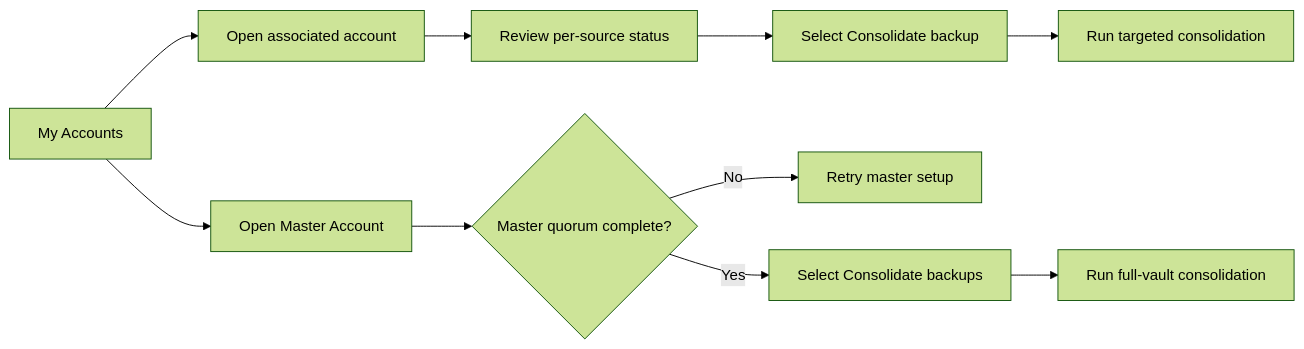
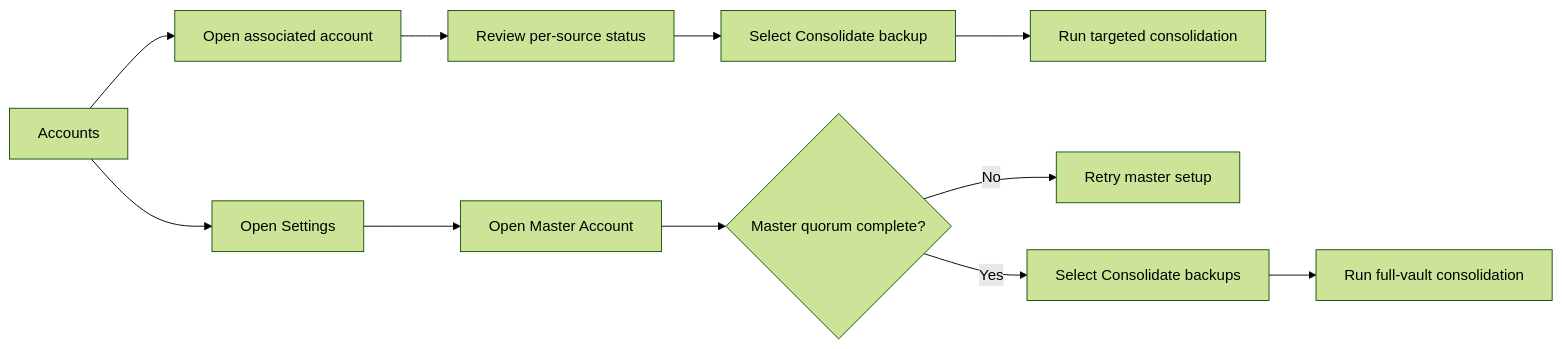
One commit to ZenTenApp/vault-kotlin changed the sixth of 6 diagrams in docs/stakeholder/flowcharts.md. Above: the diagram before and after it, drawn with Mermaid (forest theme). The commit also changed other lines of this file and 9 other files, not shown here.

Commit message:
feat(accounts): redesign account list navigation

````diff
--- a/docs/stakeholder/flowcharts.md
+++ b/docs/stakeholder/flowcharts.md
@@ -137,12 +138,13 @@
 ```mermaid
 flowchart LR
-    Accounts["My Accounts"] --> Account["Open associated account"]
+    Accounts["Accounts"] --> Account["Open associated account"]
     Account --> Status["Review per-source status"]
     Status --> One["Select Consolidate backup"]
     One --> Targeted["Run targeted consolidation"]
-    Accounts --> Master["Open Master Account"]
+    Accounts --> Settings["Open Settings"]
+    Settings --> Master["Open Master Account"]
     Master --> MasterState{"Master quorum complete?"}
     MasterState -->|No| Retry["Retry master setup"]
     MasterState -->|Yes| All["Select Consolidate backups"]
     All --> Full["Run full-vault consolidation"]
 ```
````
